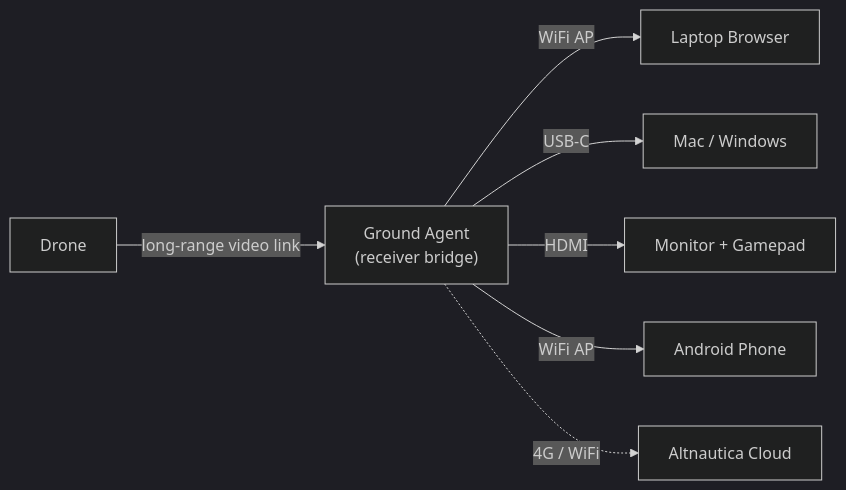
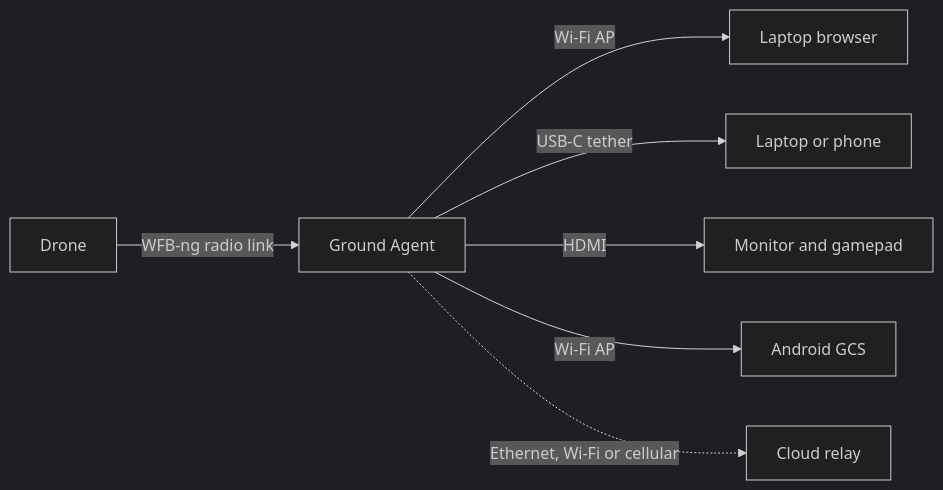
One commit to altnautica/Documentation changed the diagram in ground-agent/overview.mdx. Above: the diagram before and after it, drawn with Mermaid. The commit also changed other lines of this file and 412 other files, not shown here.

````diff
--- a/ground-agent/overview.mdx
+++ b/ground-agent/overview.mdx
@@ -28,10 +21,10 @@
 ```mermaid
 %%{init: {'theme': 'dark'}}%%
 flowchart LR
-    Drone["Drone"] -->|long-range video link| GS["Ground Agent<br/>(receiver bridge)"]
-    GS -->|WiFi AP| Laptop["Laptop Browser"]
-    GS -->|USB-C| Mac["Mac / Windows"]
-    GS -->|HDMI| Monitor["Monitor + Gamepad"]
-    GS -->|WiFi AP| Phone["Android Phone"]
-    GS -.->|4G / WiFi| Cloud["Altnautica Cloud"]
+    Drone["Drone"] -->|WFB-ng radio link| GS["Ground Agent"]
+    GS -->|Wi-Fi AP| Laptop["Laptop browser"]
+    GS -->|USB-C tether| Wired["Laptop or phone"]
+    GS -->|HDMI| Monitor["Monitor and gamepad"]
+    GS -->|Wi-Fi AP| Phone["Android GCS"]
+    GS -.->|Ethernet, Wi-Fi or cellular| Cloud["Cloud relay"]
 ```
````
